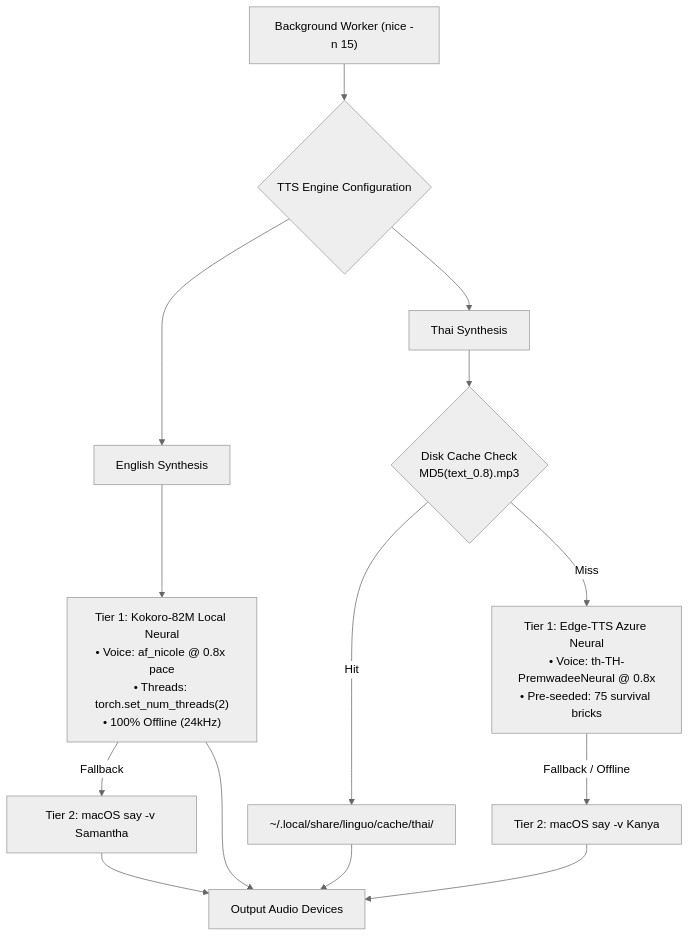
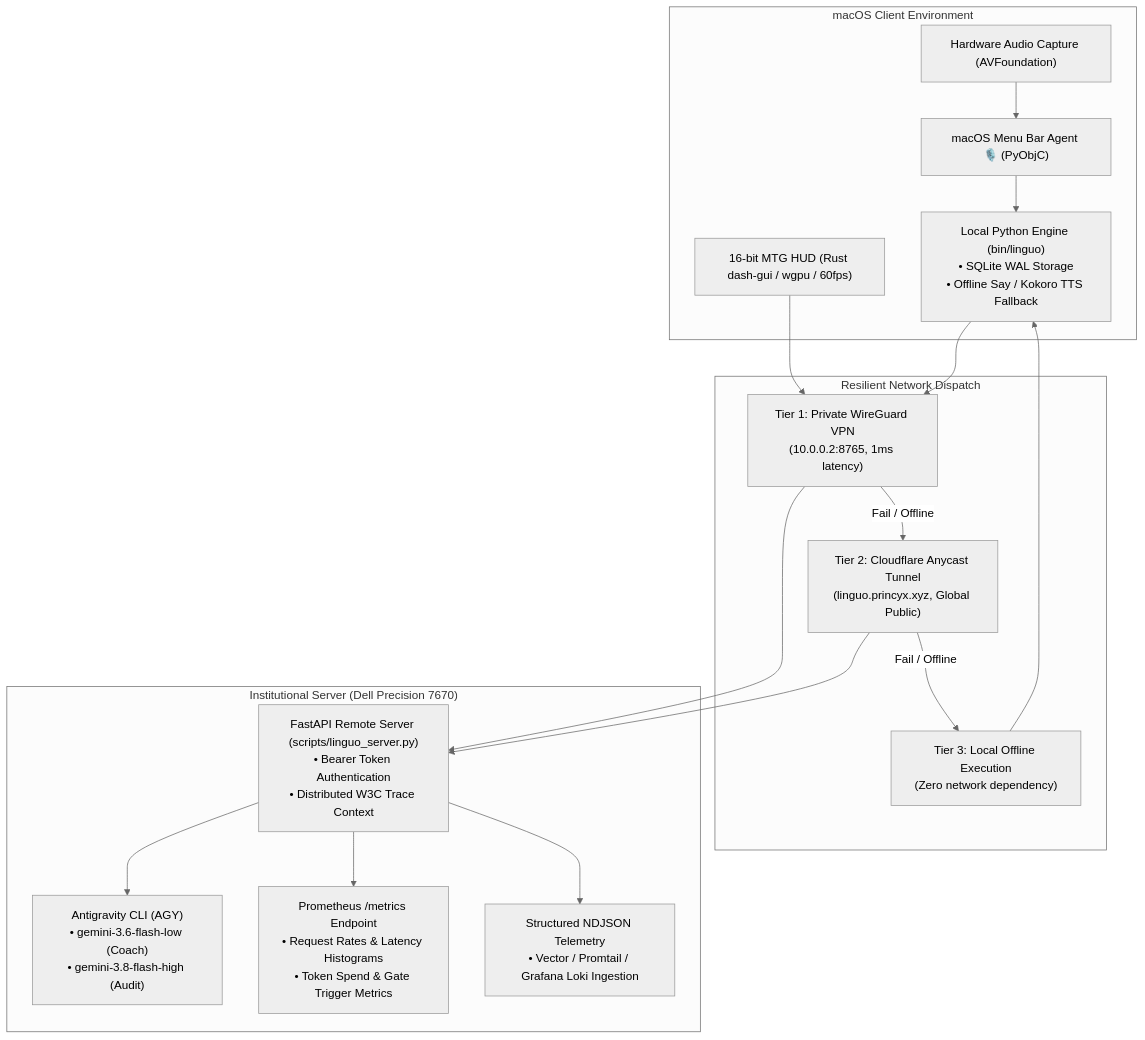
The fourth of 4 diagrams in README.md (gptprojectmanager/linguo), drawn with Mermaid (neutral theme) before and after one commit. The commit also changed other lines of this file, not shown here.

````diff
--- a/README.md
+++ b/README.md
@@ -296,19 +183,35 @@
 ```mermaid
 flowchart TD
-    Worker["Background Worker (nice -n 15)"] --> EngineSelect{"TTS Engine Configuration"}
+    subgraph Client["macOS Client Environment"]
+        Mic["Hardware Audio Capture (AVFoundation)"]
+        MenuAgent["macOS Menu Bar Agent 🎙️ (PyObjC)"]
+        MetalGUI["16-bit MTG HUD (Rust dash-gui / wgpu / 60fps)"]
+        LocalPy["Local Python Engine (bin/linguo)<br/>• SQLite WAL Storage<br/>• Offline Say / Kokoro TTS Fallback"]
+    end
 
-    EngineSelect --> EnglishEngine["English Synthesis"]
-    EnglishEngine --> Kokoro["Tier 1: Kokoro-82M Local Neural<br/>• Voice: af_nicole @ 0.8x pace<br/>• Threads: torch.set_num_threads(2)<br/>• 100% Offline (24kHz)"]
-    Kokoro -- "Fallback" --> SayEng["Tier 2: macOS say -v Samantha"]
+    subgraph Network["Resilient Network Dispatch"]
+        Tier1["Tier 1: Private WireGuard VPN<br/>(10.0.0.2:8765, 1ms latency)"]
+        Tier2["Tier 2: Cloudflare Anycast Tunnel<br/>(linguo.princyx.xyz, Global Public)"]
+        Tier3["Tier 3: Local Offline Execution<br/>(Zero network dependency)"]
+    end
 
-    EngineSelect --> ThaiEngine["Thai Synthesis"]
-    ThaiEngine --> CacheCheck{"Disk Cache Check<br/>MD5(text_0.8).mp3"}
-    CacheCheck -- "Hit" --> CachedFile["~/.local/share/linguo/cache/thai/"]
-    CacheCheck -- "Miss" --> EdgeTTS["Tier 1: Edge-TTS Azure Neural<br/>• Voice: th-TH-PremwadeeNeural @ 0.8x<br/>• Pre-seeded: 75 survival bricks"]
-    EdgeTTS -- "Fallback / Offline" --> SayThai["Tier 2: macOS say -v Kanya"]
+    subgraph Server["Institutional Server (Dell Precision 7670)"]
+        API["FastAPI Remote Server (scripts/linguo_server.py)<br/>• Bearer Token Authentication<br/>• Distributed W3C Trace Context"]
+        AGY["Antigravity CLI (AGY)<br/>• gemini-3.6-flash-low (Coach)<br/>• gemini-3.8-flash-high (Audit)"]
+        Prometheus["Prometheus /metrics Endpoint<br/>• Request Rates & Latency Histograms<br/>• Token Spend & Gate Trigger Metrics"]
+        Loki["Structured NDJSON Telemetry<br/>• Vector / Promtail / Grafana Loki Ingestion"]
+    end
 
-    CachedFile --> Playback["Output Audio Devices"]
-    Kokoro --> Playback
-    SayEng --> Playback
-    SayThai --> Playback
+    Mic --> MenuAgent
+    MenuAgent --> LocalPy
+    MetalGUI --> Tier1
+    LocalPy --> Tier1
+    Tier1 -- "Fail / Offline" --> Tier2
+    Tier2 -- "Fail / Offline" --> Tier3
+    Tier1 --> API
+    Tier2 --> API
+    API --> AGY
+    API --> Prometheus
+    API --> Loki
+    Tier3 --> LocalPy
 ```
````
